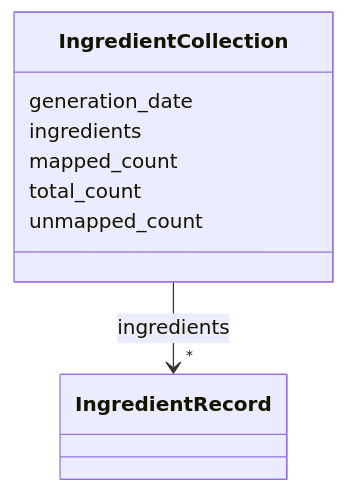
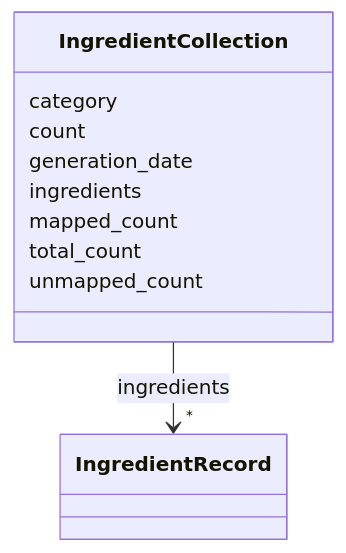
Before and after one commit to CultureBotAI/MediaIngredientMech: the diagram in docs/IngredientCollection.md, drawn with Mermaid. The commit also changed other lines of this file and 112 other files, not shown here.

````diff
--- a/docs/IngredientCollection.md
+++ b/docs/IngredientCollection.md
@@ -18,25 +18,29 @@
 ```mermaid
  classDiagram
     class IngredientCollection
     click IngredientCollection href "../IngredientCollection/"
+      IngredientCollection : category
+        
+      IngredientCollection : count
+        
       IngredientCollection : generation_date
         
       IngredientCollection : ingredients
         
           
     
         
         
         IngredientCollection --> "*" IngredientRecord : ingredients
         click IngredientRecord href "../IngredientRecord/"
     
 
         
       IngredientCollection : mapped_count
         
       IngredientCollection : total_count
         
       IngredientCollection : unmapped_count
         
       
 ```
````
